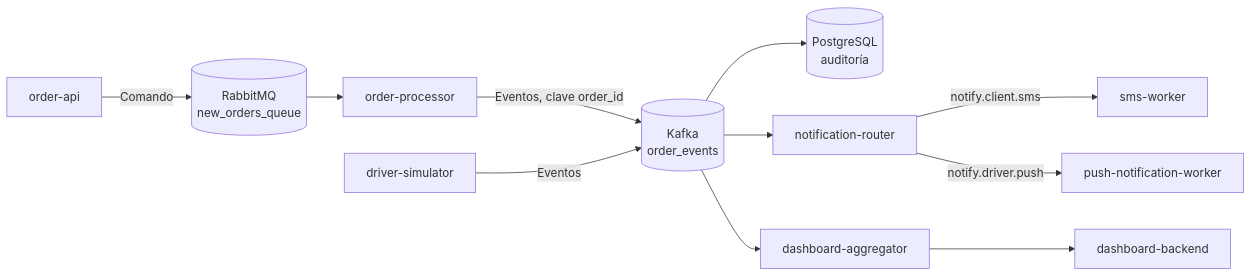
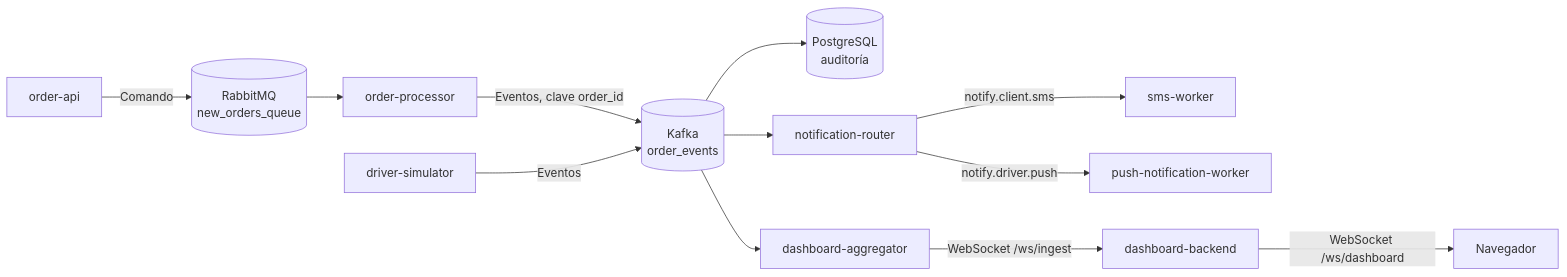
The diagram in README.md (oskar-ortiz/Rappi-Stream), drawn with Mermaid before and after one commit. The commit also changed other lines of this file and 51 other files, not shown here.

````diff
--- a/README.md
+++ b/README.md
@@ -7,13 +7,14 @@
 ```mermaid
 flowchart LR
     O[order-api] -->|Comando| RQ[(RabbitMQ\nnew_orders_queue)]
     RQ --> OP[order-processor]
     OP -->|Eventos, clave order_id| K[(Kafka\norder_events)]
     K --> DB[(PostgreSQL\nauditoría)]
     K --> NR[notification-router]
     NR -->|notify.client.sms| SMS[sms-worker]
     NR -->|notify.driver.push| PUSH[push-notification-worker]
     K --> AGG[dashboard-aggregator]
-    AGG --> WS[dashboard-backend]
+    AGG -->|WebSocket /ws/ingest| WS[dashboard-backend]
+    WS -->|WebSocket /ws/dashboard| Browser[Navegador]
     DS[driver-simulator] -->|Eventos| K
 ```
````
